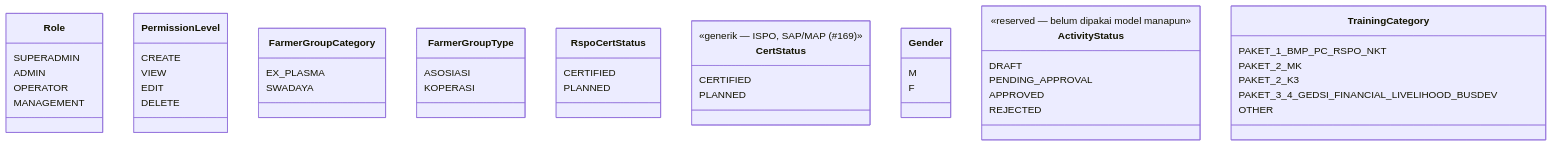
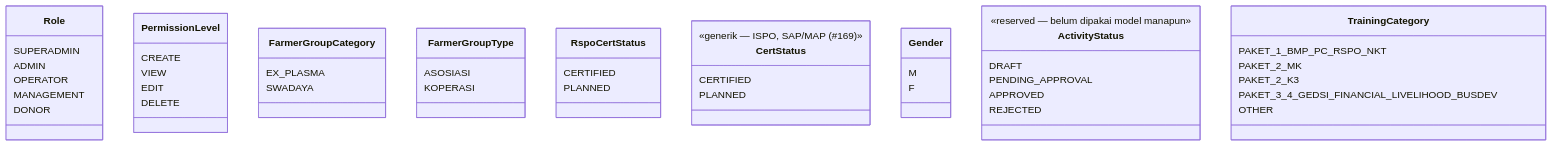
The first of 4 diagrams in docs/database/models.md (WRI-Indonesia/mis-smallholder-hub), drawn with Mermaid before and after one commit. The commit also changed other lines of this file and 42 other files, not shown here.

````diff
--- a/docs/database/models.md
+++ b/docs/database/models.md
@@ -21,58 +21,59 @@
 ```mermaid
 classDiagram
     class Role {
         SUPERADMIN
         ADMIN
         OPERATOR
         MANAGEMENT
+        DONOR
     }
 
     class PermissionLevel {
         CREATE
         VIEW
         EDIT
         DELETE
     }
 
     class FarmerGroupCategory {
         EX_PLASMA
         SWADAYA
     }
 
     class FarmerGroupType {
         ASOSIASI
         KOPERASI
     }
 
     class RspoCertStatus {
         CERTIFIED
         PLANNED
     }
 
     class CertStatus {
         <<generik — ISPO, SAP/MAP (#169)>>
         CERTIFIED
         PLANNED
     }
 
     class Gender {
         M
         F
     }
 
     class ActivityStatus {
         <<reserved — belum dipakai model manapun>>
         DRAFT
         PENDING_APPROVAL
         APPROVED
         REJECTED
     }
 
     class TrainingCategory {
         PAKET_1_BMP_PC_RSPO_NKT
         PAKET_2_MK
         PAKET_2_K3
         PAKET_3_4_GEDSI_FINANCIAL_LIVELIHOOD_BUSDEV
         OTHER
     }
 ```
````
